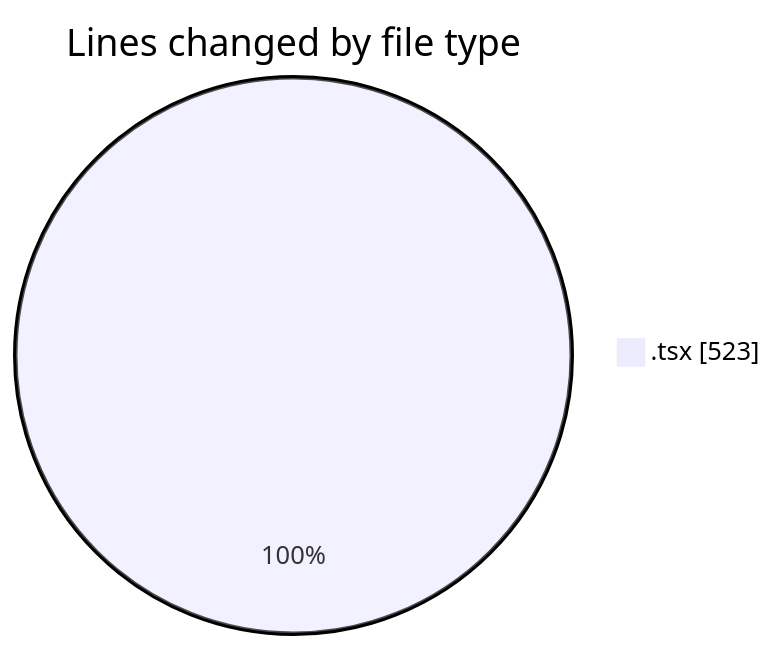
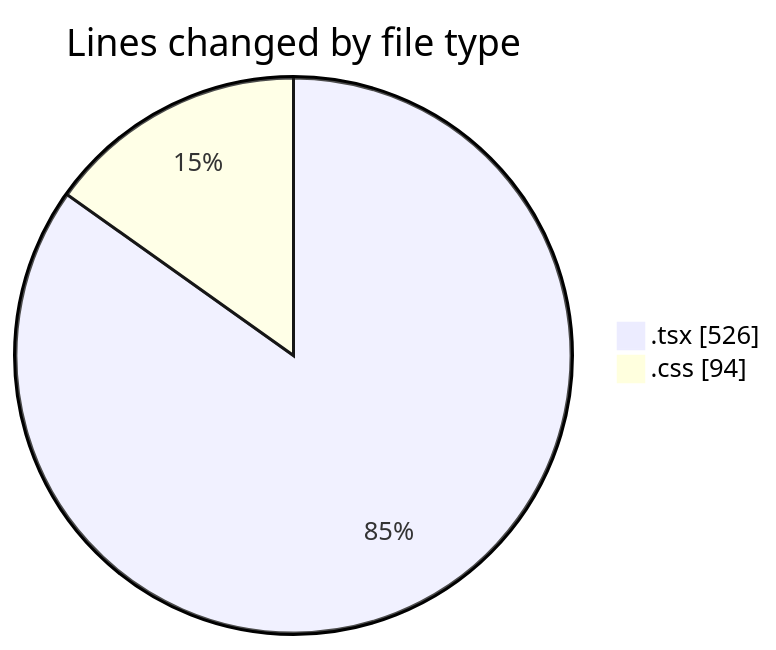
Before and after one commit to donsfak/code-tracking: the first of 2 diagrams in 2025-02-07/portofolio/README.md, drawn with Mermaid. The commit also changed other lines of this file and 1 other file, not shown here.

````diff
--- a/2025-02-07/portofolio/README.md
+++ b/2025-02-07/portofolio/README.md
@@ -20,5 +21,6 @@
 ```mermaid
 pie showData
 title Lines changed by file type
-".tsx" : 523
+".tsx" : 526
+".css" : 94
 ```
````
